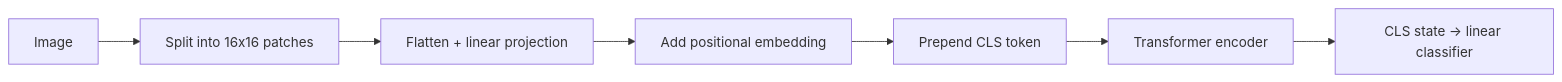
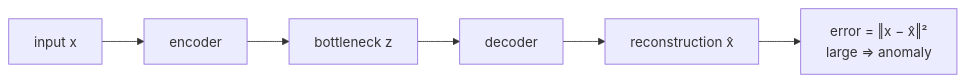
The third of 6 diagrams in ai-ml-encyclopedia/ch27.qmd (kader-xai/kader-xai.github.io), drawn with Mermaid before and after one commit. The commit also changed other lines of this file and 47 other files, not shown here.

````diff
--- a/ai-ml-encyclopedia/ch27.qmd
+++ b/ai-ml-encyclopedia/ch27.qmd
@@ -272,9 +269,5 @@
 ```{mermaid}
 flowchart LR
-  IMG[Image] --> P[Split into 16x16 patches]
-  P --> E[Flatten + linear projection]
-  E --> PE[Add positional embedding]
-  PE --> CLS[Prepend CLS token]
-  CLS --> T[Transformer encoder]
-  T --> HEAD[CLS state -> linear classifier]
+    X[input x] --> E[encoder] --> Z[bottleneck z] --> D[decoder] --> Xh[reconstruction x̂]
+    Xh --> L["error = ‖x − x̂‖²<br/>large ⇒ anomaly"]
 ```
````
